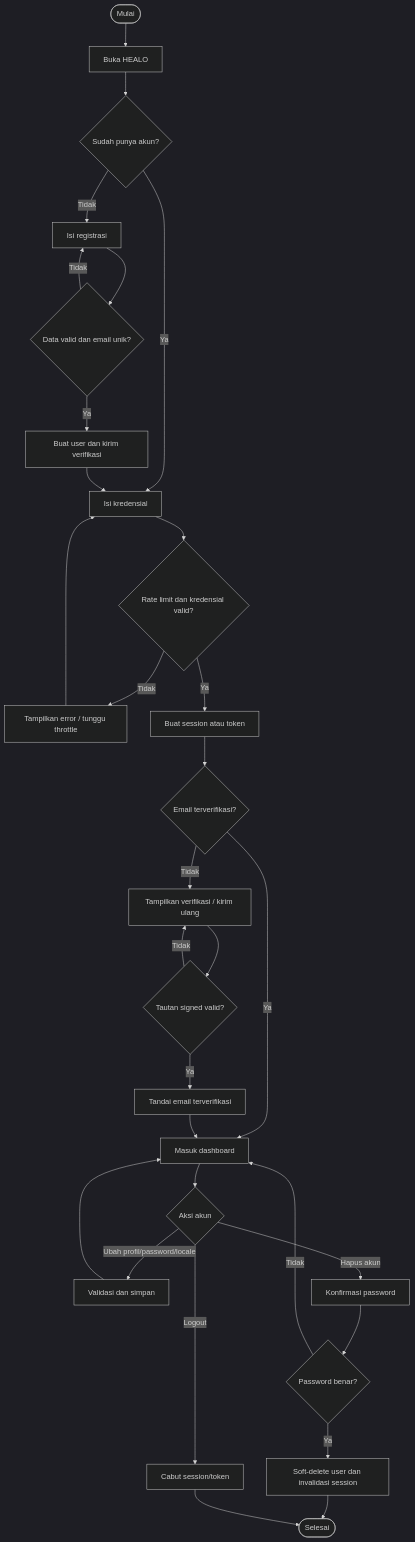
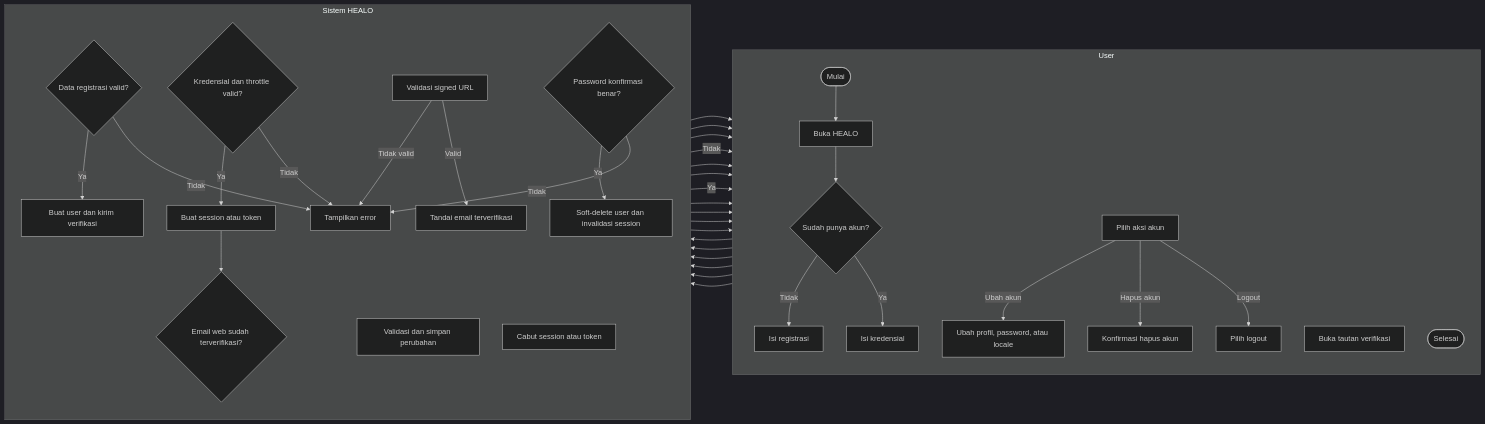
One commit to Daffa-Qiao/Healo changed the first of 11 diagrams in docs/system-analysis/03-activity-diagrams.md. Above: the diagram before and after it, drawn with Mermaid (dark theme). The commit also changed other lines of this file and 4 other files, not shown here.

Commit message:
renew diagram

````diff
--- a/docs/system-analysis/03-activity-diagrams.md
+++ b/docs/system-analysis/03-activity-diagrams.md
@@ -7,32 +9,51 @@
 ```mermaid
-flowchart TD
-    A([Mulai]) --> B[Buka HEALO]
-    B --> C{Sudah punya akun?}
-    C -- Tidak --> D[Isi registrasi]
-    D --> E{Data valid dan email unik?}
-    E -- Tidak --> D
-    E -- Ya --> F[Buat user dan kirim verifikasi]
-    C -- Ya --> G[Isi kredensial]
-    F --> G
-    G --> H{Rate limit dan kredensial valid?}
-    H -- Tidak --> I[Tampilkan error / tunggu throttle]
-    I --> G
-    H -- Ya --> J[Buat session atau token]
-    J --> K{Email terverifikasi?}
-    K -- Tidak --> L[Tampilkan verifikasi / kirim ulang]
-    L --> M{Tautan signed valid?}
-    M -- Ya --> N[Tandai email terverifikasi]
-    M -- Tidak --> L
-    K -- Ya --> O[Masuk dashboard]
-    N --> O
-    O --> P{Aksi akun}
-    P -- Ubah profil/password/locale --> Q[Validasi dan simpan]
-    Q --> O
-    P -- Hapus akun --> R[Konfirmasi password]
-    R --> S{Password benar?}
-    S -- Tidak --> O
-    S -- Ya --> T[Soft-delete user dan invalidasi session]
-    P -- Logout --> U[Cabut session/token]
-    T --> V([Selesai])
-    U --> V
+flowchart LR
+    subgraph U["User"]
+        direction TB
+        U1([Mulai])
+        U2[Buka HEALO]
+        U3{Sudah punya akun?}
+        U4[Isi registrasi]
+        U5[Isi kredensial]
+        U6[Buka tautan verifikasi]
+        U7[Pilih aksi akun]
+        U8[Ubah profil, password, atau locale]
+        U9[Konfirmasi hapus akun]
+        U10[Pilih logout]
+        U11([Selesai])
+    end
+
+    subgraph S["Sistem HEALO"]
+        direction TB
+        S1{Data registrasi valid?}
+        S2[Buat user dan kirim verifikasi]
+        S3{Kredensial dan throttle valid?}
+        S4[Buat session atau token]
+        S5{Email web sudah terverifikasi?}
+        S6[Validasi signed URL]
+        S7[Tandai email terverifikasi]
+        S8[Validasi dan simpan perubahan]
+        S9{Password konfirmasi benar?}
+        S10[Soft-delete user dan invalidasi session]
+        S11[Cabut session atau token]
+        S12[Tampilkan error]
+    end
+
+    U1 --> U2 --> U3
+    U3 -- Tidak --> U4 --> S1
+    S1 -- Tidak --> S12 --> U4
+    S1 -- Ya --> S2 --> U5
+    U3 -- Ya --> U5
+    U5 --> S3
+    S3 -- Tidak --> S12 --> U5
+    S3 -- Ya --> S4 --> S5
+    S5 -- Tidak --> U6 --> S6
+    S6 -- Valid --> S7 --> U7
+    S6 -- Tidak valid --> S12 --> U6
+    S5 -- Ya --> U7
+    U7 -- Ubah akun --> U8 --> S8 --> U7
+    U7 -- Hapus akun --> U9 --> S9
+    S9 -- Tidak --> S12 --> U7
+    S9 -- Ya --> S10 --> U11
+    U7 -- Logout --> U10 --> S11 --> U11
 ```
````
